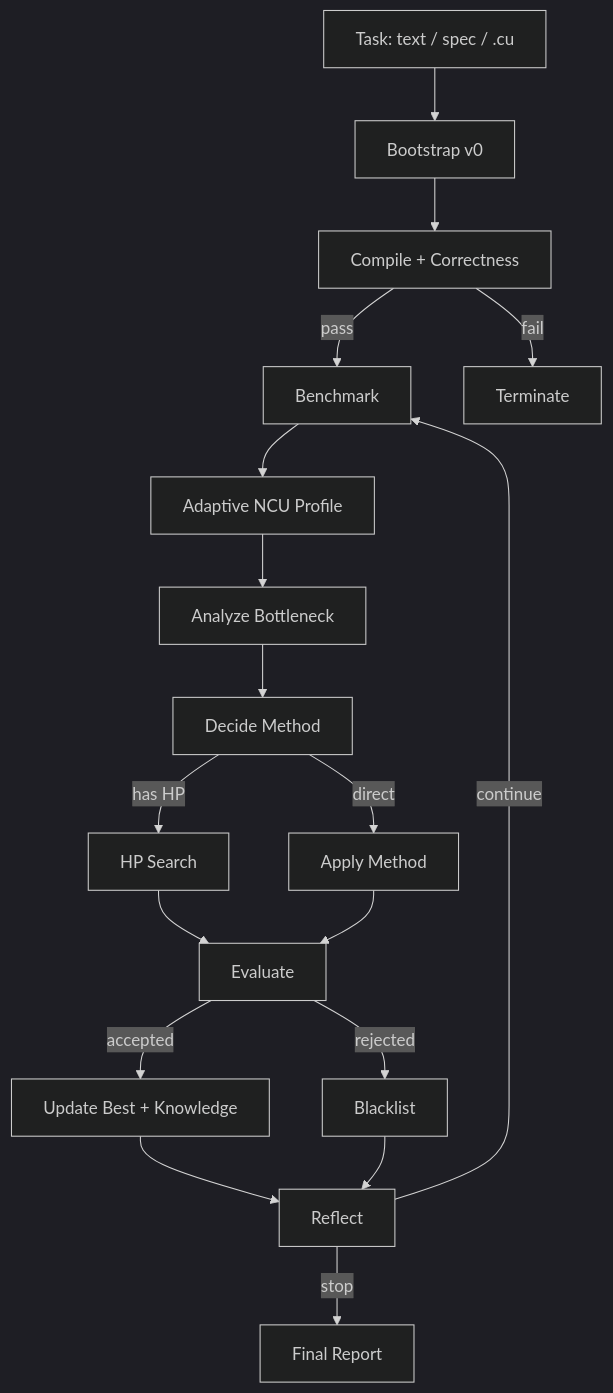
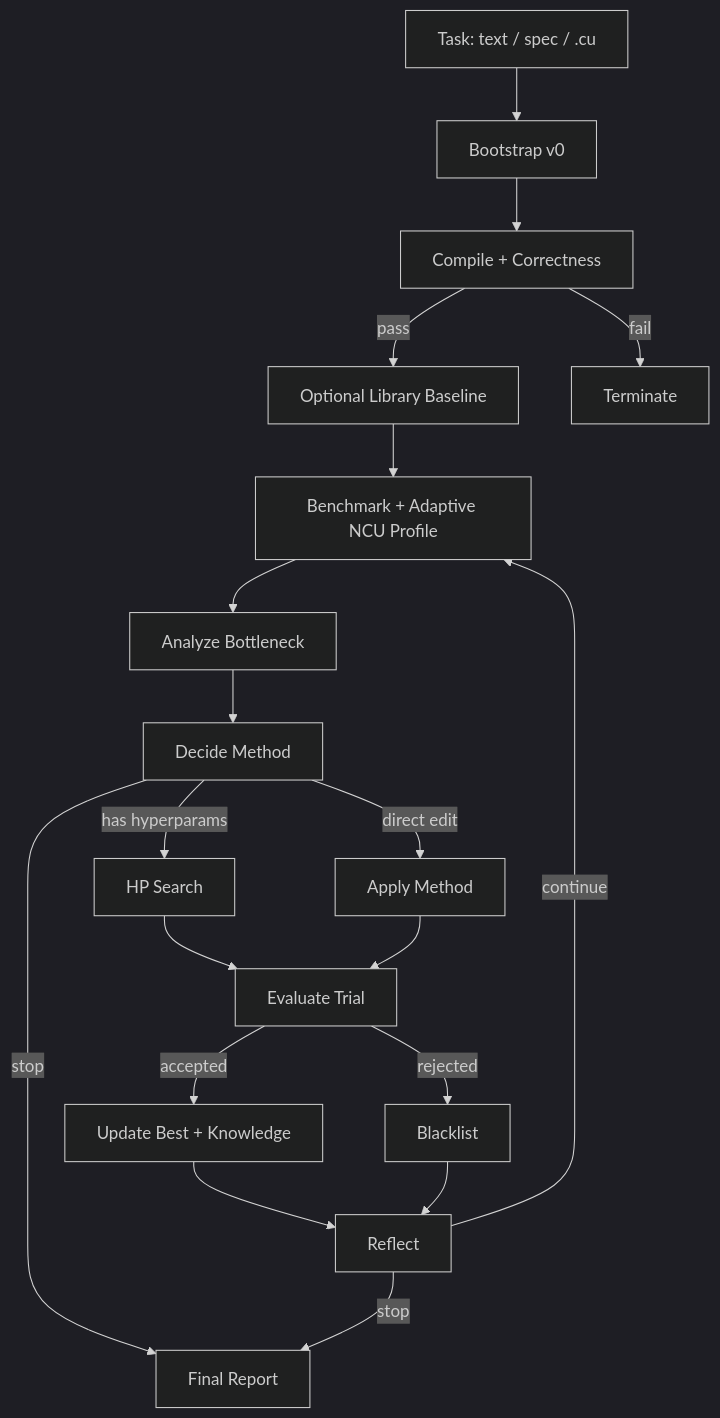
Before and after one commit to KernelFlow-ops/cuda-opt-agent: the diagram in README.md, drawn with Mermaid (dark theme). The commit also changed other lines of this file and 2 other files, not shown here.

````diff
--- a/README.md
+++ b/README.md
@@ -82,20 +24,21 @@
 ```mermaid
 flowchart TD
     A[Task: text / spec / .cu] --> B[Bootstrap v0]
     B --> C[Compile + Correctness]
-    C -->|pass| D[Benchmark]
+    C -->|pass| D[Optional Library Baseline]
     C -->|fail| Z[Terminate]
-    D --> E[Adaptive NCU Profile]
+    D --> E[Benchmark + Adaptive NCU Profile]
     E --> F[Analyze Bottleneck]
     F --> G[Decide Method]
-    G -->|has HP| H[HP Search]
-    G -->|direct| I[Apply Method]
-    H --> J[Evaluate]
+    G -->|has hyperparams| H[HP Search]
+    G -->|direct edit| I[Apply Method]
+    G -->|stop| N[Final Report]
+    H --> J[Evaluate Trial]
     I --> J
     J -->|accepted| K[Update Best + Knowledge]
     J -->|rejected| L[Blacklist]
     K --> M[Reflect]
     L --> M
-    M -->|continue| D
-    M -->|stop| N[Final Report]
+    M -->|continue| E
+    M -->|stop| N
 ```
````
